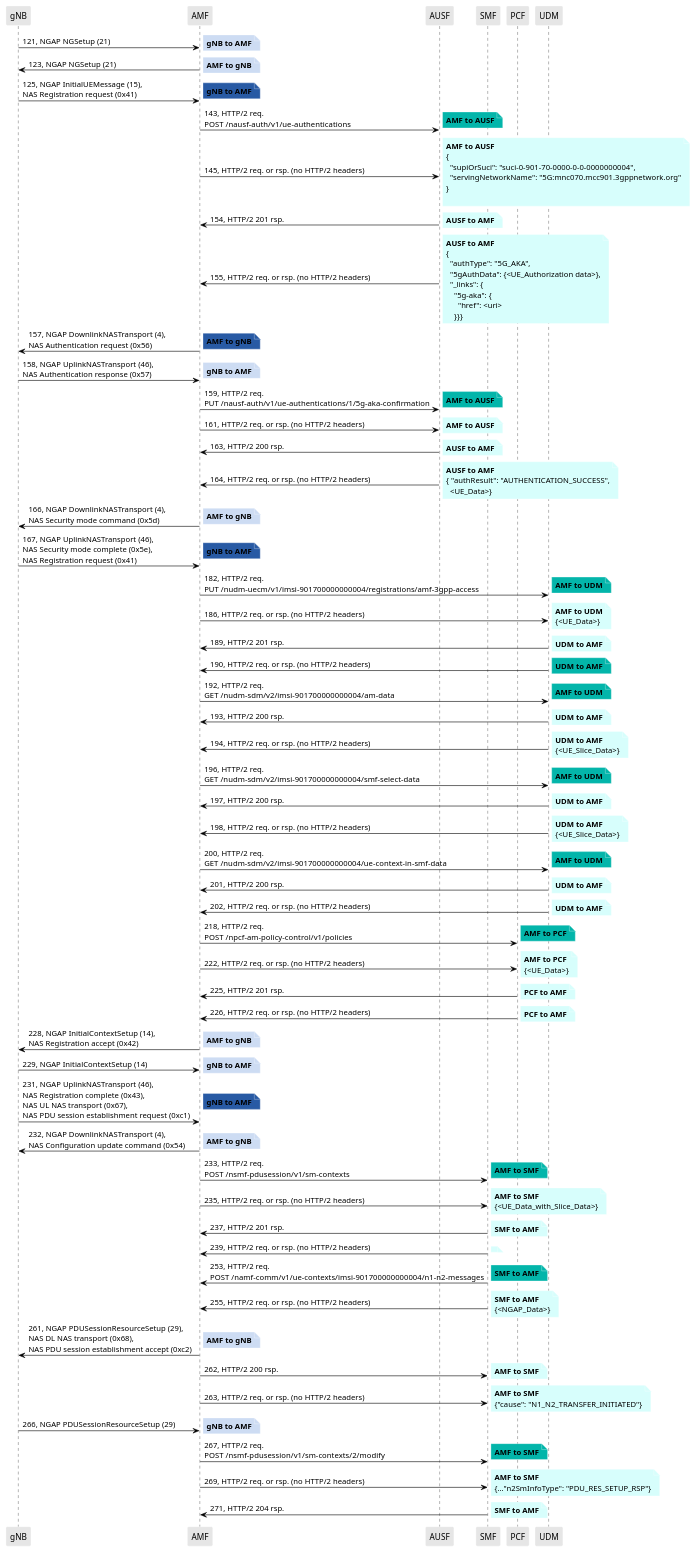
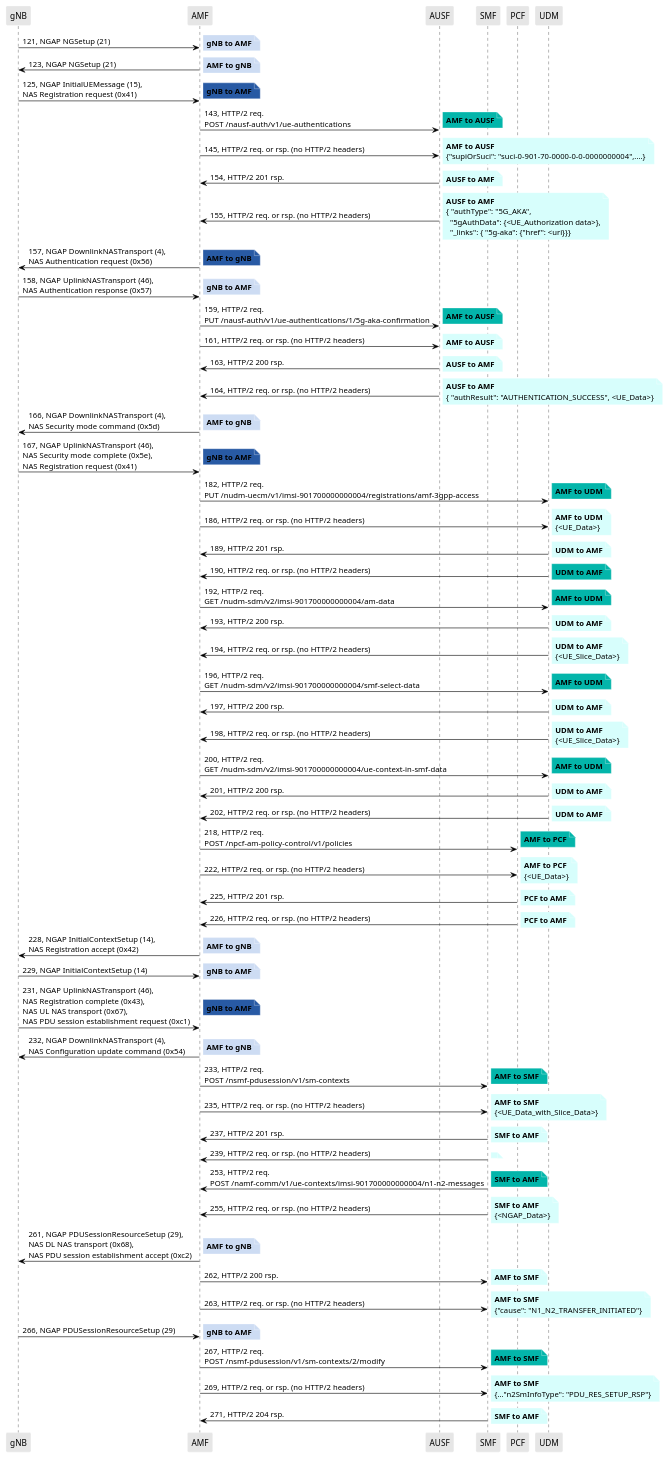
The diagram in PCAPS/Core/Background/start_one_amf_OS_000.puml (lilyhuegerich/5G), drawn with PlantUML before and after one commit. The commit also changed 21 other files, not shown here.

```diff
--- a/PCAPS/Core/Background/start_one_amf_OS_000.puml
+++ b/PCAPS/Core/Background/start_one_amf_OS_000.puml
@@ -43,11 +43,7 @@
 
 note right #D7FEFC
 **AMF to AUSF**
-{
-  "supiOrSuci": "suci-0-901-70-0000-0-0-0000000004",
-  "servingNetworkName": "5G:mnc070.mcc901.3gppnetwork.org"
-}
-
+{"supiOrSuci": "suci-0-901-70-0000-0-0-0000000004",....}
 end note
 
 "AUSF" -> "AMF": 154, HTTP/2 201 rsp.
@@ -60,13 +56,9 @@
 
 note right #D7FEFC
 **AUSF to AMF**
-{
-  "authType": "5G_AKA",
+{ "authType": "5G_AKA",
   "5gAuthData": {<UE_Authorization data>},
-  "_links": {
-    "5g-aka": {
-      "href": <uri>
-    }}}
+  "_links": { "5g-aka": {"href": <uri}}}
 end note
 
 "AMF" -> "gNB": 157, NGAP DownlinkNASTransport (4),\nNAS Authentication request (0x56)
@@ -103,8 +95,7 @@
 
 note right #D7FEFC
 **AUSF to AMF**
-{ "authResult": "AUTHENTICATION_SUCCESS",
-  <UE_Data>}
+{ "authResult": "AUTHENTICATION_SUCCESS", <UE_Data>}
 end note
 
 "AMF" -> "gNB": 166, NGAP DownlinkNASTransport (4),\nNAS Security mode command (0x5d)
```
